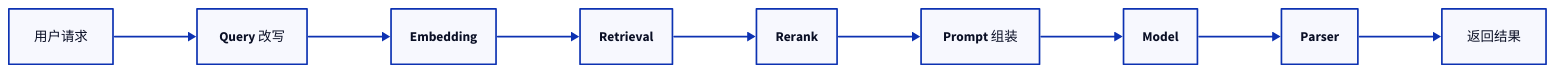
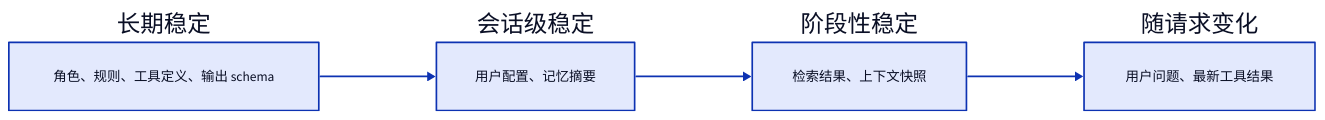
One commit to youngluo/thinking changed the first of 2 diagrams in apps/docs/ai/Agent/LLM 应用中的缓存设计.md. Above: the diagram before and after it, drawn with D2. The commit also changed other lines of this file and 7 other files, not shown here.

````diff
--- a/apps/docs/ai/Agent/LLM 应用中的缓存设计.md
+++ b/apps/docs/ai/Agent/LLM 应用中的缓存设计.md
@@ -23,17 +159,30 @@
 ```d2
 direction: right
 
-A: 用户请求
-B: Query 改写
-C: Embedding
-D: Retrieval
-E: Rerank
-F: Prompt 组装
-G: Model
-H: Parser
-I: 返回结果 {
-  class: ok
+A: 长期稳定 {
+  class: group
+  content: 角色、规则、工具定义、输出 schema {
+    shape: text
+  }
+}
+B: 会话级稳定 {
+  class: group
+  content: 用户配置、记忆摘要 {
+    shape: text
+  }
+}
+C: 阶段性稳定 {
+  class: group
+  content: 检索结果、上下文快照 {
+    shape: text
+  }
+}
+D: 随请求变化 {
+  class: group
+  content: 用户问题、最新工具结果 {
+    shape: text
+  }
 }
 
-A -> B -> C -> D -> E -> F -> G -> H -> I
+A -> B -> C -> D
 ```
````
